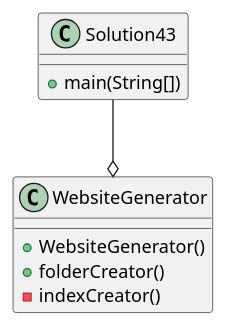
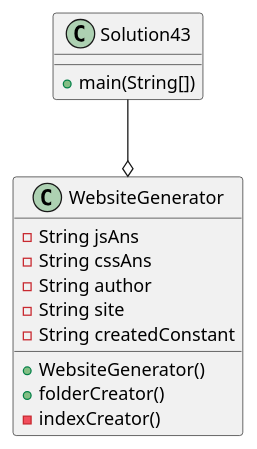
One commit to jad714/davis-a04 changed the diagram in exercise43/docs/Solution43.puml. Above: the diagram before and after it, drawn with PlantUML. The commit also changed 4 other files, not shown here.

```diff
--- a/exercise43/docs/Solution43.puml
+++ b/exercise43/docs/Solution43.puml
@@ -1,17 +1,22 @@
 @startuml
 'https://plantuml.com/sequence-diagram
 
 Class Solution43{
     +main(String[])
     ' Instantiate website generator.
     ' Call the folderCreator method and Website generator will take care of the rest.
 }
 
 Class WebsiteGenerator{
+    -String jsAns
+    -String cssAns
+    -String author
+    -String site
+    -String createdConstant
     +WebsiteGenerator()
     +folderCreator()
     -indexCreator()
 }
 
 Solution43 --o WebsiteGenerator
 @enduml
```
